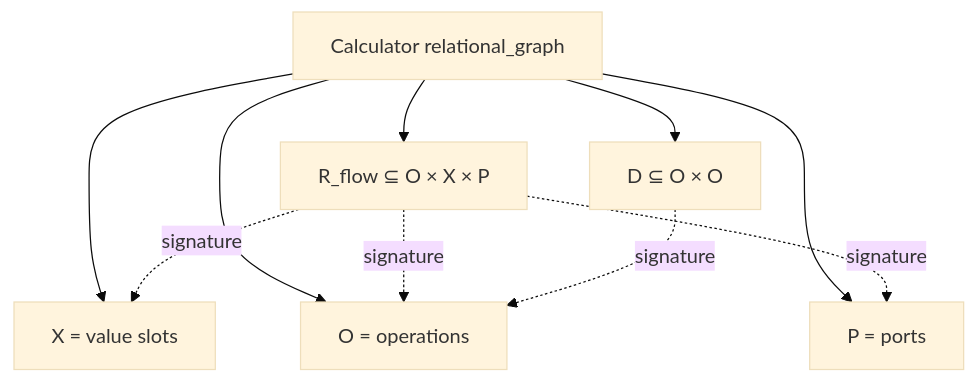
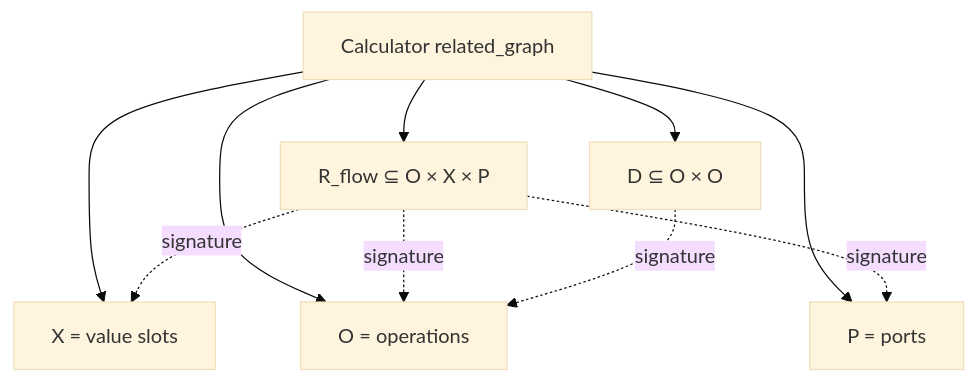
One commit to komahanb/unstructured-finite-volume changed the sixth of 14 diagrams in test/calculator-tower/README.md. Above: the diagram before and after it, drawn with Mermaid (base theme). The commit also changed other lines of this file and 268 other files, not shown here.

````diff
--- a/test/calculator-tower/README.md
+++ b/test/calculator-tower/README.md
@@ -356,22 +356,22 @@
 ```mermaid
 flowchart TB
-    G["Calculator relational_graph"]
+    G["Calculator related_graph"]
 
     X["X = value slots"]
     O["O = operations"]
     P["P = ports"]
 
     R["R_flow ⊆ O × X × P"]
     D["D ⊆ O × O"]
 
     G --> X
     G --> O
     G --> P
     G --> R
     G --> D
 
     R -.signature.-> O
     R -.signature.-> X
     R -.signature.-> P
     D -.signature.-> O
 ```
````
